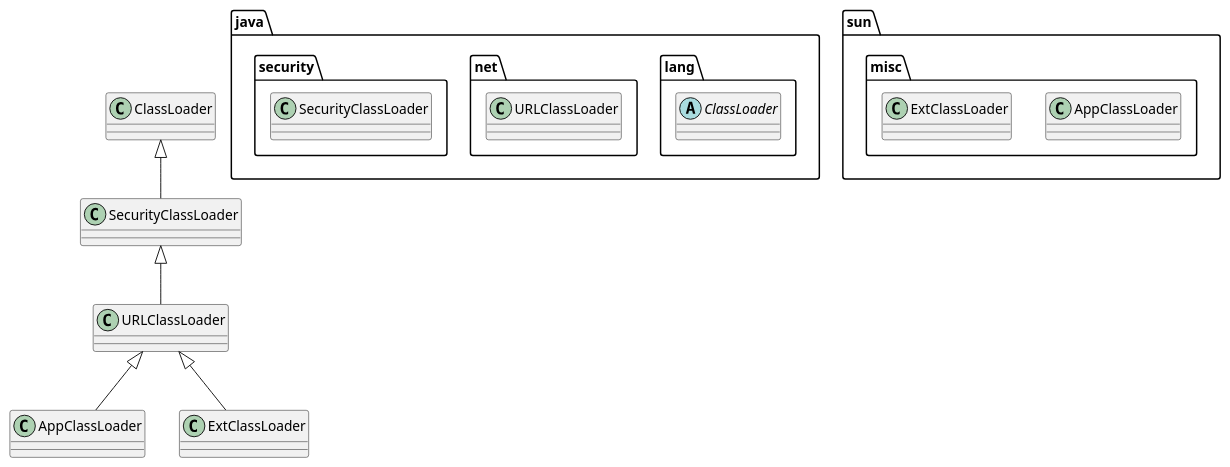
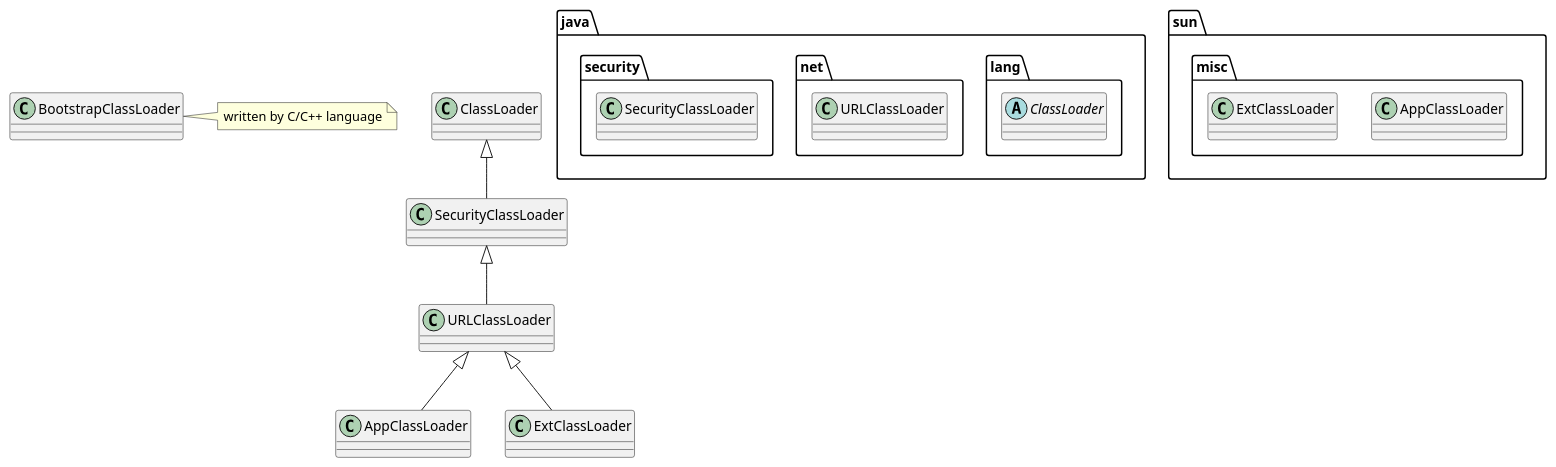
One commit to oka96/java changed the diagram in classloader/classloader.wsd. Above: the diagram before and after it, drawn with PlantUML. The commit also changed 1 other file, not shown here.

```diff
--- a/classloader/classloader.wsd
+++ b/classloader/classloader.wsd
@@ -1,19 +1,24 @@
 @startuml classLoader
 package java.lang {
     abstract class ClassLoader
 }
 package sun.misc {
     class AppClassLoader
     class ExtClassLoader
 }
 package java.net {
     class URLClassLoader
 }
 package java.security {
     class SecurityClassLoader
 }
 class SecurityClassLoader extends ClassLoader
 class URLClassLoader extends SecurityClassLoader
 class AppClassLoader extends URLClassLoader
 class ExtClassLoader extends URLClassLoader
+
+class BootstrapClassLoader
+note right
+    written by C/C++ language
+end note
 @enduml
```
